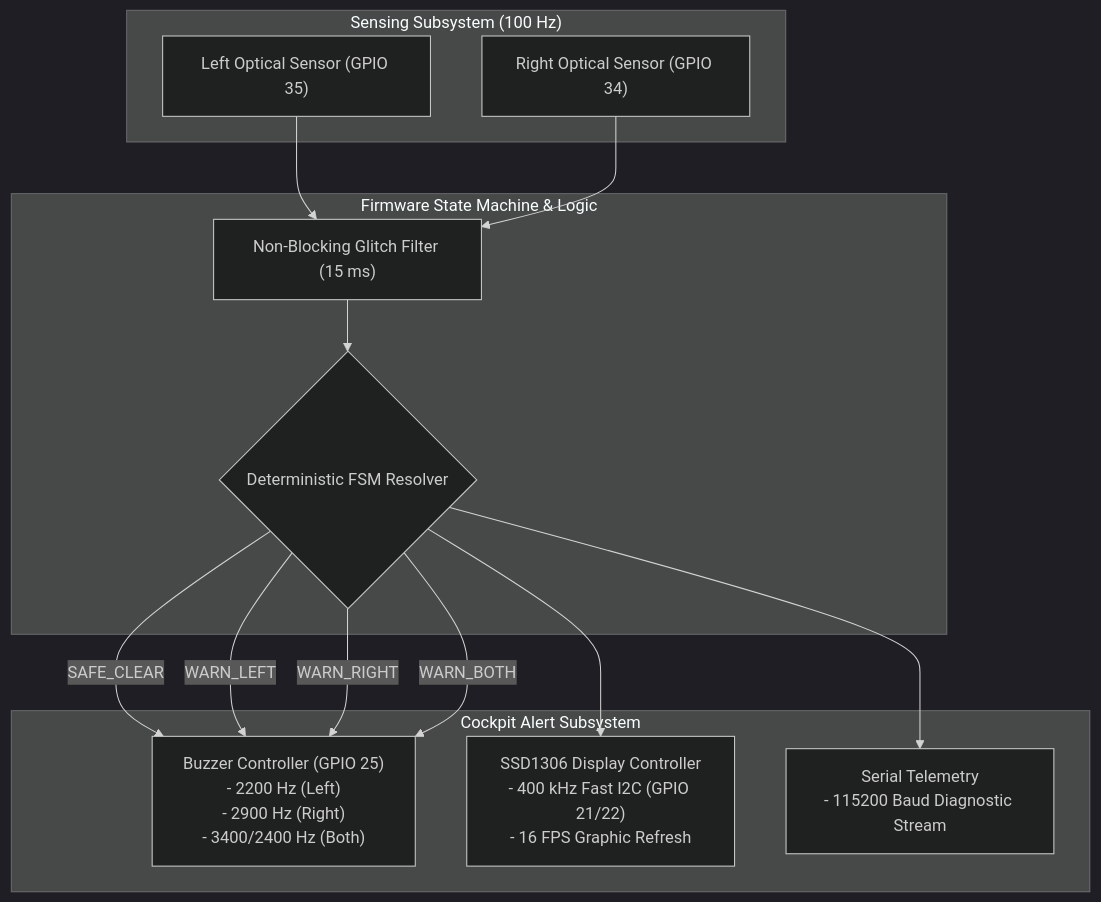
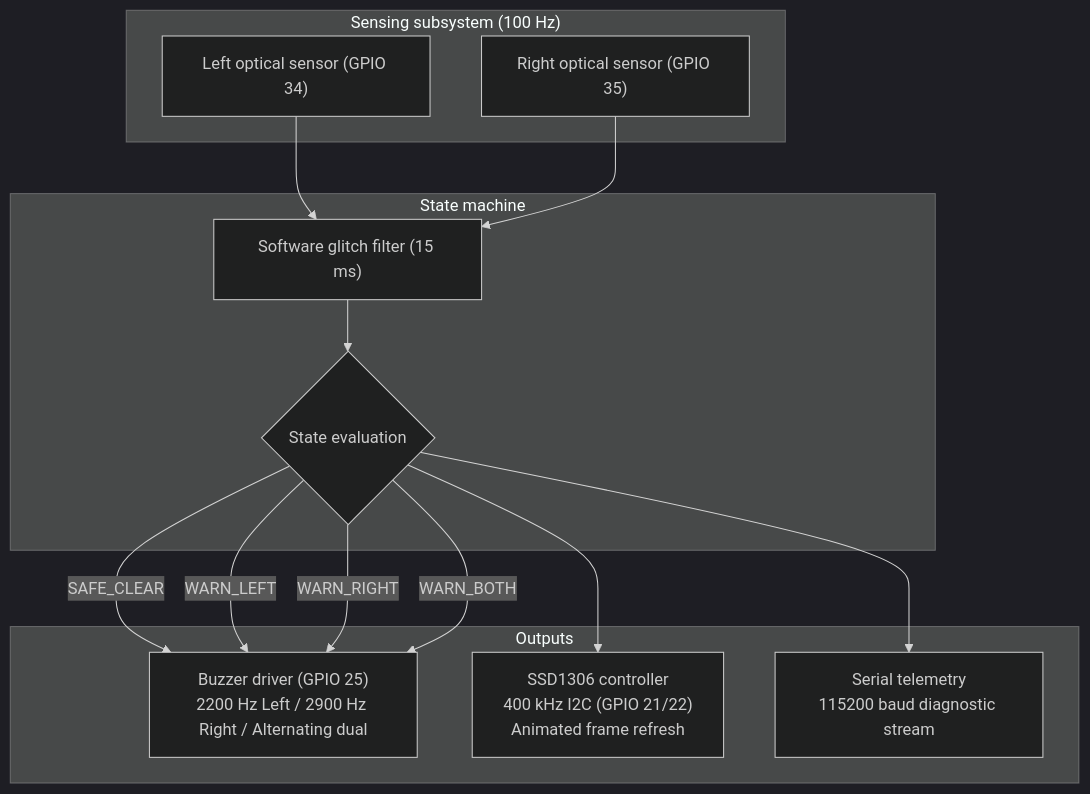
Before and after one commit to DevInfinix/BlindSpottr: the first of 2 diagrams in README.md, drawn with Mermaid (dark theme). The commit also changed other lines of this file, not shown here.

````diff
--- a/README.md
+++ b/README.md
@@ -91,30 +79,30 @@
 ```mermaid
 graph TD
-    subgraph SENSORS ["Sensing Subsystem (100 Hz)"]
-        IR_L["Left Optical Sensor (GPIO 35)"]
-        IR_R["Right Optical Sensor (GPIO 34)"]
+    subgraph SENSORS ["Sensing subsystem (100 Hz)"]
+        IR_L["Left optical sensor (GPIO 34)"]
+        IR_R["Right optical sensor (GPIO 35)"]
     end
 
-    subgraph ENGINE ["Firmware State Machine & Logic"]
-        DEB["Non-Blocking Glitch Filter (15 ms)"]
-        FSM{"Deterministic FSM Resolver"}
+    subgraph ENGINE ["State machine"]
+        DEB["Software glitch filter (15 ms)"]
+        FSM{"State evaluation"}
     end
 
-    subgraph ACTUATION ["Cockpit Alert Subsystem"]
-        BUZZ["Buzzer Controller (GPIO 25)\n- 2200 Hz (Left)\n- 2900 Hz (Right)\n- 3400/2400 Hz (Both)"]
-        OLED["SSD1306 Display Controller\n- 400 kHz Fast I2C (GPIO 21/22)\n- 16 FPS Graphic Refresh"]
-        UART["Serial Telemetry\n- 115200 Baud Diagnostic Stream"]
+    subgraph ACTUATION ["Outputs"]
+        BUZZ["Buzzer driver (GPIO 25)\n2200 Hz Left / 2900 Hz Right / Alternating dual"]
+        OLED["SSD1306 controller\n400 kHz I2C (GPIO 21/22)\nAnimated frame refresh"]
+        UART["Serial telemetry\n115200 baud diagnostic stream"]
     end
 
     IR_L --> DEB
     IR_R --> DEB
     DEB --> FSM
 
     FSM -->|SAFE_CLEAR| BUZZ
     FSM -->|WARN_LEFT| BUZZ
     FSM -->|WARN_RIGHT| BUZZ
     FSM -->|WARN_BOTH| BUZZ
 
     FSM --> OLED
     FSM --> UART
 ```
````
